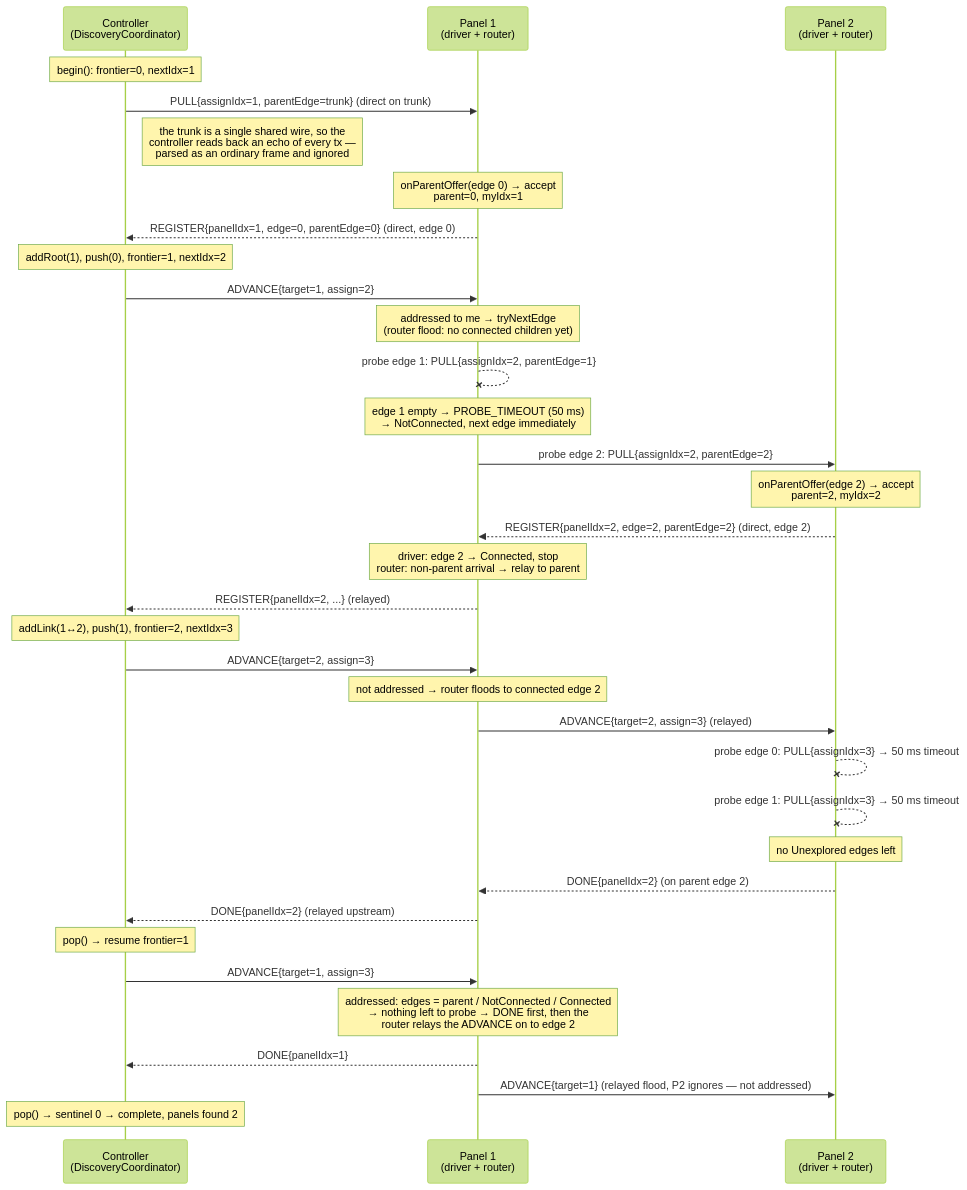
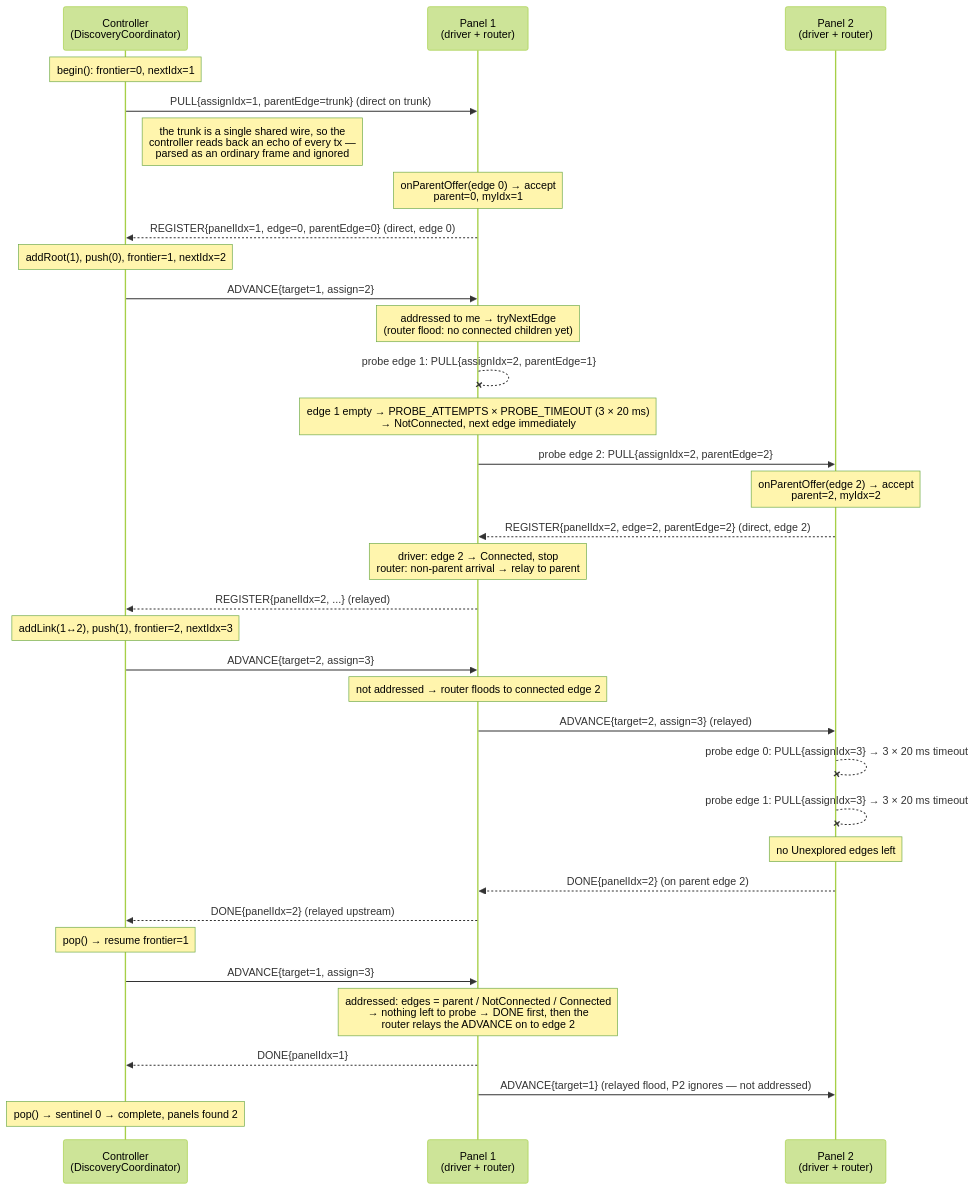
The fourth of 6 diagrams in docs/architecture.md (przemczan/lightnet-firmware), drawn with Mermaid (forest theme) before and after one commit. The commit also changed other lines of this file and 17 other files, not shown here.

````diff
--- a/docs/architecture.md
+++ b/docs/architecture.md
@@ -443,40 +443,40 @@
 ```mermaid
 sequenceDiagram
     participant C as Controller<br/>(DiscoveryCoordinator)
     participant P1 as Panel 1<br/>(driver + router)
     participant P2 as Panel 2<br/>(driver + router)
 
     Note over C: begin(): frontier=0, nextIdx=1
     C->>P1: PULL{assignIdx=1, parentEdge=trunk} (direct on trunk)
     Note right of C: the trunk is a single shared wire, so the<br/>controller reads back an echo of every tx —<br/>parsed as an ordinary frame and ignored
     Note over P1: onParentOffer(edge 0) → accept<br/>parent=0, myIdx=1
     P1-->>C: REGISTER{panelIdx=1, edge=0, parentEdge=0} (direct, edge 0)
     Note over C: addRoot(1), push(0), frontier=1, nextIdx=2
 
     C->>P1: ADVANCE{target=1, assign=2}
     Note over P1: addressed to me → tryNextEdge<br/>(router flood: no connected children yet)
     P1--xP1: probe edge 1: PULL{assignIdx=2, parentEdge=1}
-    Note over P1: edge 1 empty → PROBE_TIMEOUT (50 ms)<br/>→ NotConnected, next edge immediately
+    Note over P1: edge 1 empty → PROBE_ATTEMPTS × PROBE_TIMEOUT (3 × 20 ms)<br/>→ NotConnected, next edge immediately
     P1->>P2: probe edge 2: PULL{assignIdx=2, parentEdge=2}
     Note over P2: onParentOffer(edge 2) → accept<br/>parent=2, myIdx=2
     P2-->>P1: REGISTER{panelIdx=2, edge=2, parentEdge=2} (direct, edge 2)
     Note over P1: driver: edge 2 → Connected, stop<br/>router: non-parent arrival → relay to parent
     P1-->>C: REGISTER{panelIdx=2, ...} (relayed)
     Note over C: addLink(1↔2), push(1), frontier=2, nextIdx=3
 
     C->>P1: ADVANCE{target=2, assign=3}
     Note over P1: not addressed → router floods to connected edge 2
     P1->>P2: ADVANCE{target=2, assign=3} (relayed)
-    P2--xP2: probe edge 0: PULL{assignIdx=3} → 50 ms timeout
-    P2--xP2: probe edge 1: PULL{assignIdx=3} → 50 ms timeout
+    P2--xP2: probe edge 0: PULL{assignIdx=3} → 3 × 20 ms timeout
+    P2--xP2: probe edge 1: PULL{assignIdx=3} → 3 × 20 ms timeout
     Note over P2: no Unexplored edges left
     P2-->>P1: DONE{panelIdx=2} (on parent edge 2)
     P1-->>C: DONE{panelIdx=2} (relayed upstream)
     Note over C: pop() → resume frontier=1
 
     C->>P1: ADVANCE{target=1, assign=3}
     Note over P1: addressed: edges = parent / NotConnected / Connected<br/>→ nothing left to probe → DONE first, then the<br/>router relays the ADVANCE on to edge 2
     P1-->>C: DONE{panelIdx=1}
     P1->>P2: ADVANCE{target=1} (relayed flood, P2 ignores — not addressed)
     Note over C: pop() → sentinel 0 → complete, panels found 2
 ```
````
